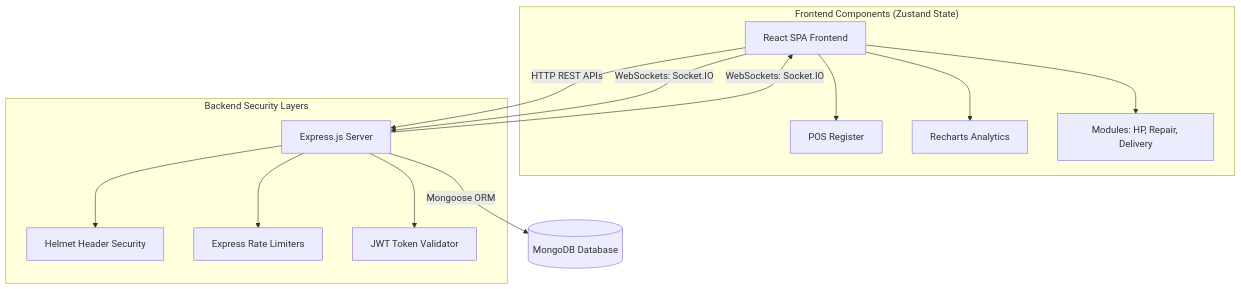
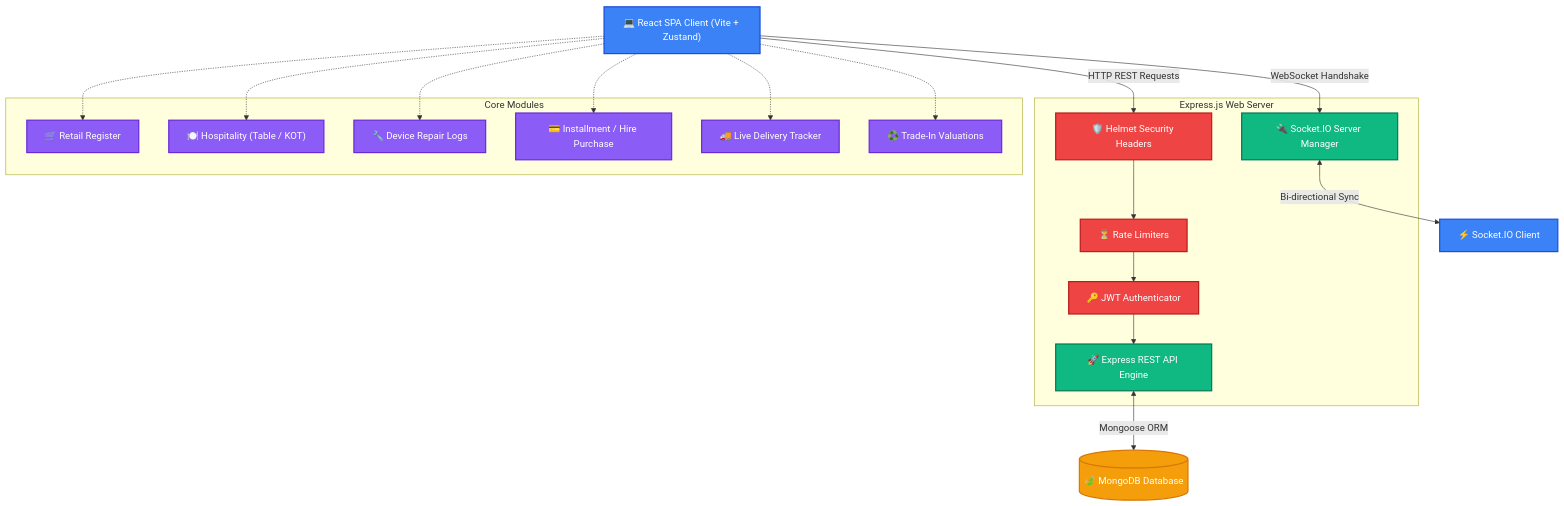
The first of 2 diagrams in README.md (Ntharusha/ApexPOS), drawn with Mermaid before and after one commit. The commit also changed other lines of this file and 12 other files, not shown here.

Commit message:
fix: resolve hardcoded backend API and WebSocket URLs dynamically

````diff
--- a/README.md
+++ b/README.md
@@ -13,19 +17,51 @@
 ```mermaid
 graph TD
-    Client[React SPA Frontend] -->|HTTP REST APIs| Express[Express.js Server]
-    Client -->|WebSockets: Socket.IO| Express
-    Express -->|WebSockets: Socket.IO| Client
-    Express -->|Mongoose ORM| Mongo[(MongoDB Database)]
+    %% Define Styles
+    classDef client fill:#3b82f6,stroke:#1d4ed8,stroke-width:2px,color:#fff;
+    classDef server fill:#10b981,stroke:#047857,stroke-width:2px,color:#fff;
+    classDef database fill:#f59e0b,stroke:#d97706,stroke-width:2px,color:#fff;
+    classDef security fill:#ef4444,stroke:#b91c1c,stroke-width:2px,color:#fff;
+    classDef module fill:#8b5cf6,stroke:#6d28d9,stroke-width:2px,color:#fff;
+
+    %% Nodes
+    Client["💻 React SPA Client (Vite + Zustand)"]:::client
+    WebSocket["⚡ Socket.IO Client"]:::client
     
-    subgraph "Frontend Components (Zustand State)"
-        Client --> POS[POS Register]
-        Client --> Analytics[Recharts Analytics]
-        Client --> Modules[Modules: HP, Repair, Delivery]
+    subgraph ExpressApp ["Express.js Web Server"]
+        Express["🚀 Express REST API Engine"]:::server
+        Helmet["🛡️ Helmet Security Headers"]:::security
+        RateLimit["⏳ Rate Limiters"]:::security
+        Auth["🔑 JWT Authenticator"]:::security
+        SocketIO["🔌 Socket.IO Server Manager"]:::server
     end
+
+    Mongo[("🍃 MongoDB Database")]:::database
+
+    %% Business Modules
+    subgraph Modules ["Core Modules"]
+        Retail["🛒 Retail Register"]:::module
+        Rest["🍽️ Hospitality (Table / KOT)"]:::module
+        Repair["🔧 Device Repair Logs"]:::module
+        HP["💳 Installment / Hire Purchase"]:::module
+        Delivery["🚚 Live Delivery Tracker"]:::module
+        TradeIn["♻️ Trade-In Valuations"]:::module
+    end
+
+    %% Flows
+    Client -->|HTTP REST Requests| Helmet
+    Client -->|WebSocket Handshake| SocketIO
     
-    subgraph "Backend Security Layers"
-        Express --> Helmet[Helmet Header Security]
-        Express --> RateLimit[Express Rate Limiters]
-        Express --> Auth[JWT Token Validator]
-    end
+    Helmet --> RateLimit
+    RateLimit --> Auth
+    Auth --> Express
+    
+    SocketIO <-->|Bi-directional Sync| WebSocket
+    Express <-->|Mongoose ORM| Mongo
+    
+    Client -.-> Retail
+    Client -.-> Rest
+    Client -.-> Repair
+    Client -.-> HP
+    Client -.-> Delivery
+    Client -.-> TradeIn
 ```
````
